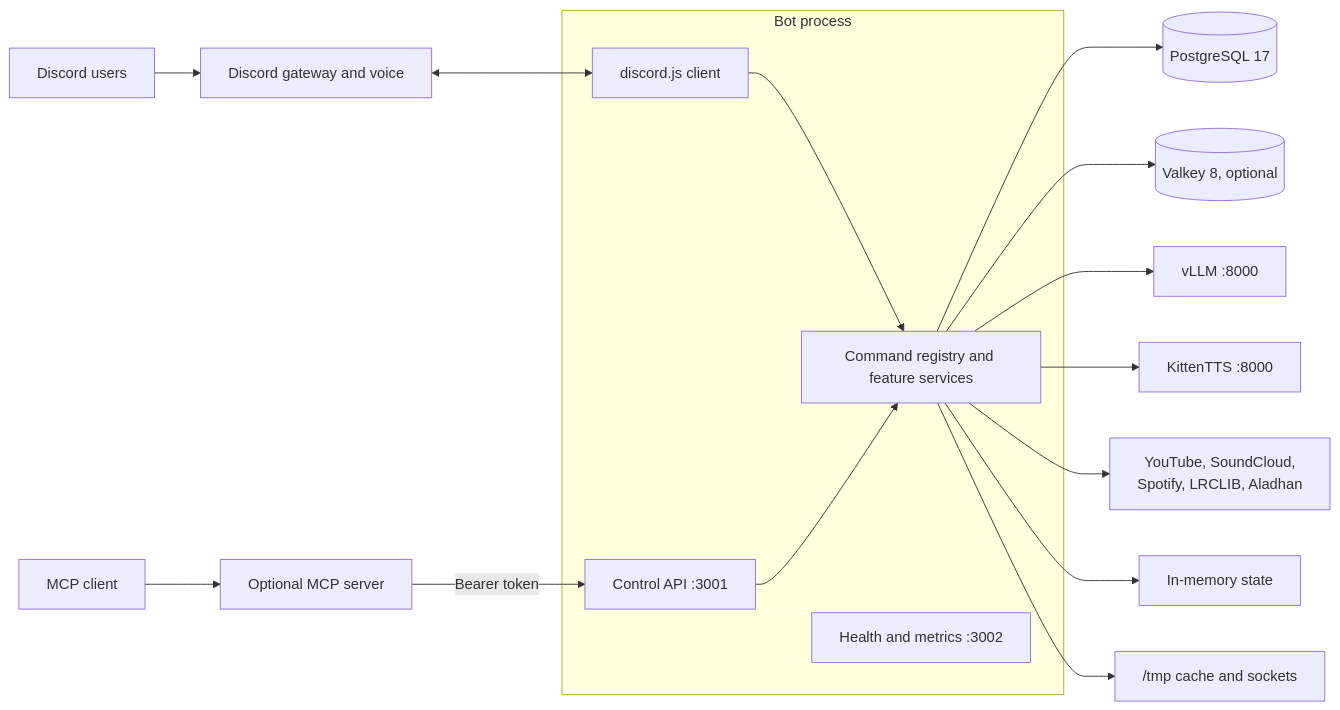
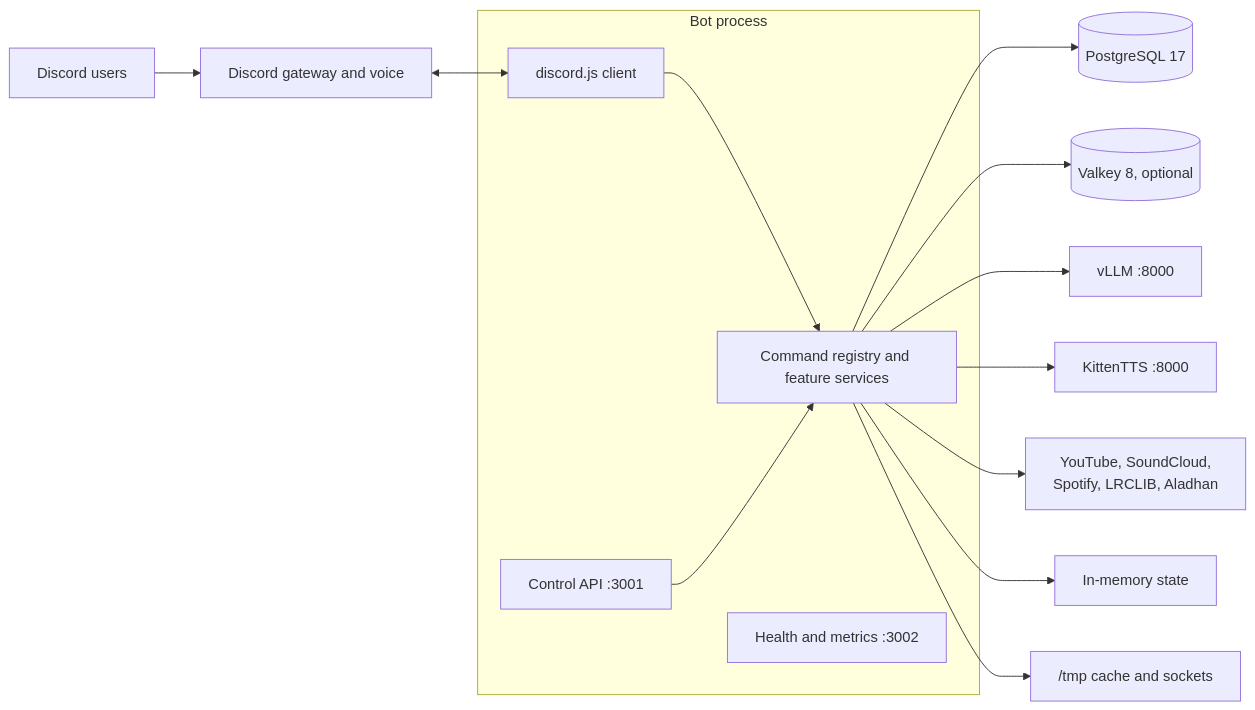
The first of 5 diagrams in docs/ARCHITECTURE.md (DeathSurfing/siela-bot), drawn with Mermaid before and after one commit. The commit also changed other lines of this file and 39 other files, not shown here.

First line of the commit message:
chore: retire unused MCP server

````diff
--- a/docs/ARCHITECTURE.md
+++ b/docs/ARCHITECTURE.md
@@ -11,25 +11,22 @@
 ```mermaid
 flowchart LR
   U[Discord users] --> DG[Discord gateway and voice]
 
   subgraph BP[Bot process]
     BOT[discord.js client]
     REG[Command registry and feature services]
     API[Control API :3001]
     HEALTH[Health and metrics :3002]
     BOT --> REG
     API --> REG
   end
 
   DG <--> BOT
   REG --> PG[(PostgreSQL 17)]
   REG --> VK[(Valkey 8, optional)]
   REG --> LLM[vLLM :8000]
   REG --> TTS[KittenTTS :8000]
   REG --> EXT[YouTube, SoundCloud,<br/>Spotify, LRCLIB, Aladhan]
   REG --> MEM[In-memory state]
   REG --> TMP["/tmp cache and sockets"]
-
-  MCP[Optional MCP server] -->|Bearer token| API
-  CLIENT[MCP client] --> MCP
 ```
````
